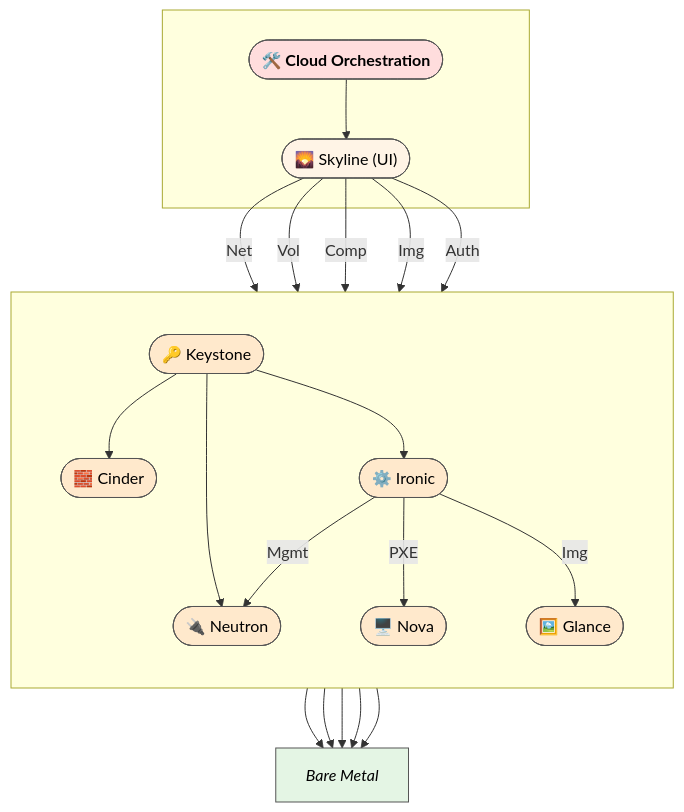
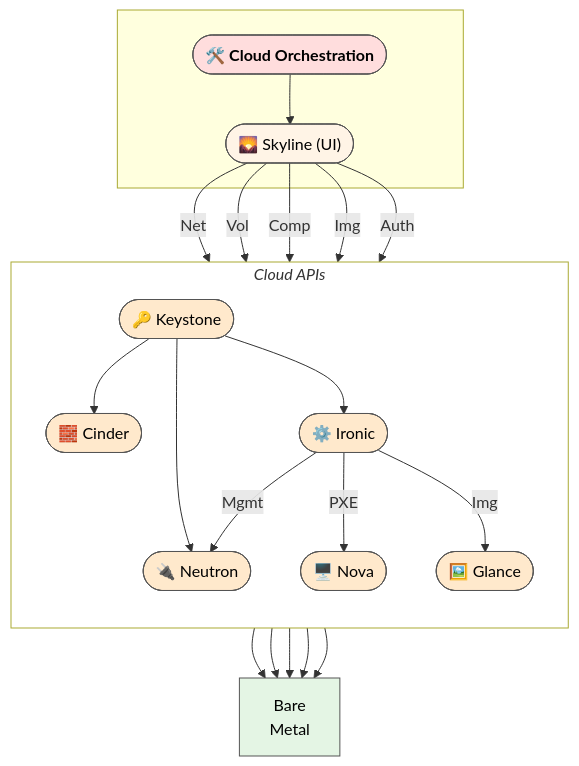
Before and after one commit to OpenStackKen/genestack: the diagram in docs/content/design-guide/design-notes/bare-metal.md, drawn with Mermaid. The commit also changed 9 other files, not shown here.

````diff
--- a/docs/content/design-guide/design-notes/bare-metal.md
+++ b/docs/content/design-guide/design-notes/bare-metal.md
@@ -19,60 +19,59 @@
 ``` mermaid
-%%{ init: { "theme": "default",
-            "flowchart": { "curve": "basis", "nodeSpacing": 80, "rankSpacing": 60 } } }%%
-
 flowchart TD
     %% ──────────── TIER 1 ────────────
     subgraph UI [" "]
         CO(["🛠️ Cloud Orchestration"])
         HR(["🌄 Skyline (UI)"])
         CO --> HR
         class CO orchestration;
         class HR ui;
     end
 
     %% ──────────── TIER 2 (APIs) ─────
-    subgraph APIS [" "]
+    subgraph APIS ["Cloud APIs"]
         direction TB
         NEU(["🔌 Neutron"])
         CIN(["🧱 Cinder"])
         NOV(["🖥️ Nova"])
         GLA(["🖼️ Glance"])
         KEY(["🔑 Keystone"])
         IRO(["⚙️ Ironic"])
         class NEU,CIN,NOV,GLA,KEY,IRO service;
     end
+    class APIS api;
 
     %% ──────────── CORE (Bare Metal) ─
-    BM["Bare Metal"]
+    BM["Bare<br>Metal"]
     class BM metal;
 
     %% ──────────── LINKING  ──────────
     %% UI ↔︎ API connections
     HR  -->|Net| NEU
     HR  -->|Vol| CIN
     HR  -->|Comp| NOV
     HR  -->|Img| GLA
     HR  -->|Auth| KEY
 
     %% Keystone as auth hub
     KEY --> NEU
     KEY --> CIN
     KEY --> IRO
 
     %% Ironic relationships
     IRO -->|Mgmt| NEU
     IRO -->|PXE| NOV
     IRO -->|Img| GLA
 
     %% Spokes to Bare Metal
     NEU --> BM
     CIN --> BM
     GLA --> BM
     KEY --> BM
     IRO --> BM
 
     classDef orchestration fill:#ffdddd,stroke:#555,color:#000000,font-weight:bold;
     classDef ui             fill:#fff4e6,stroke:#555,color:#000000;
     classDef service        fill:#ffe9cc,stroke:#555,color:#000000;
-    classDef metal          fill:#e4f5e4,stroke:#555,color:#000000,font-style:italic;
+    classDef metal          fill:#e4f5e4,stroke:#555,color:#000000;
+    classDef api            fill:#ffffff,font-style:italic;
 ```
````
